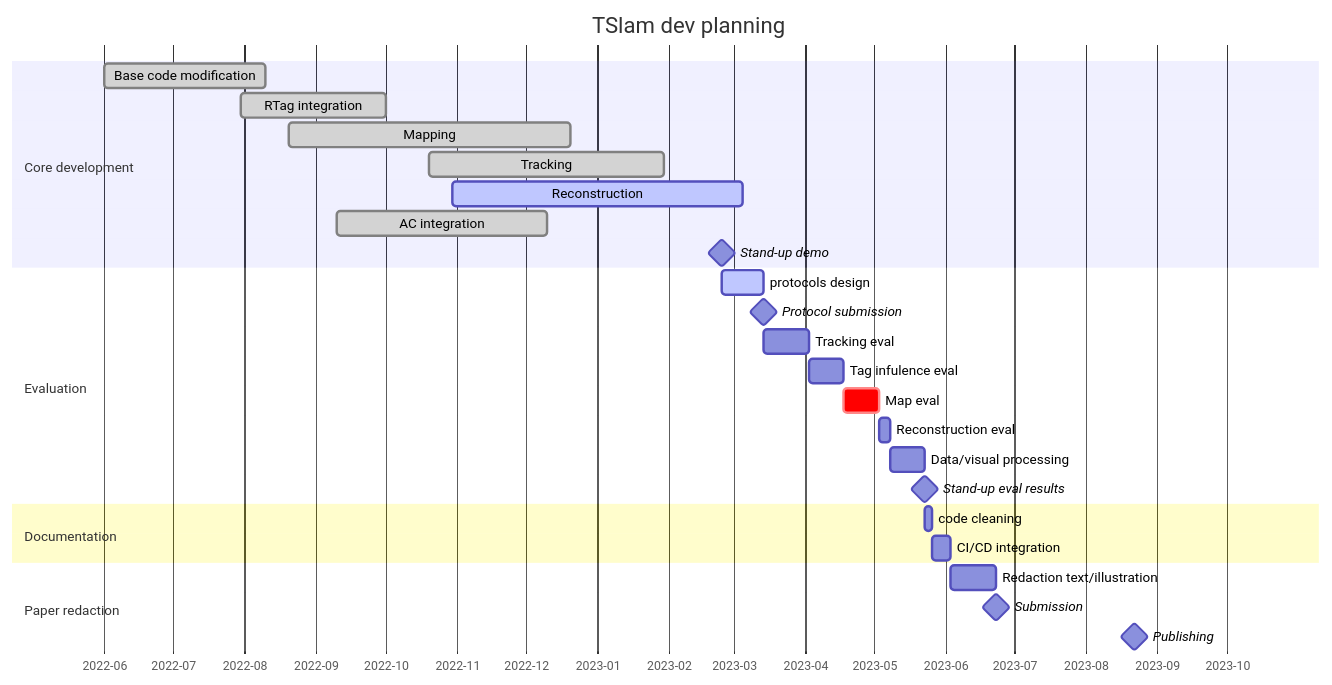
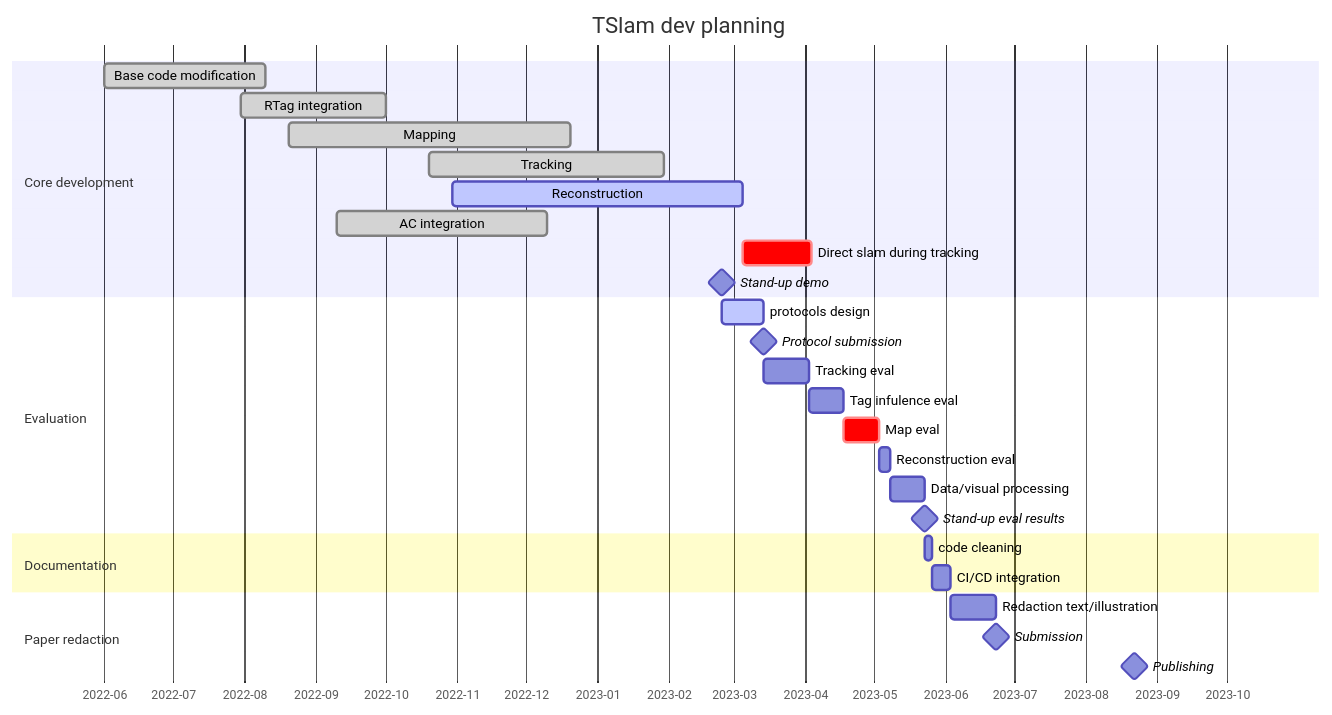
Before and after one commit to ibois-epfl/TSlam: the diagram in README.md, drawn with Mermaid. The commit also changed 2 other files, not shown here.

Commit message:
UPDATE: planning

````diff
--- a/README.md
+++ b/README.md
@@ -11,34 +11,35 @@
 ```mermaid
 gantt
     dateFormat  YYYY-MM-DD
     title       TSlam dev planning
     axisFormat %Y-%m
 
     section Core development
     Base code modification          :done, ucm, 2022-06-01, 2022-08-10
     RTag integration                :done, rti, 2022-07-30, 2022-10-01
     Mapping                         :done, map, 2022-08-20, 2022-12-20
     Tracking                        :done, trck, 2022-10-20, 2023-01-30
     Reconstruction                  :active, rec, 2022-10-30, 2023-03-05
     AC integration                  :done, aci, 2022-09-10, 2022-12-10
+    Direct slam during tracking     :crit, after rec, 30d
     Stand-up demo                   :milestone, 2023-02-24, 0d
 
     section Evaluation
     protocols design                :active, ptrd, 2023-02-24, 2023-03-14
     Protocol submission             :milestone, 2023-03-14, 0d
     Tracking eval                   : trel, 2023-03-14, 20d
     Tag infulence eval              :15d
     Map eval                        :crit, 15d
     Reconstruction eval             :5d
     Data/visual processing          :15d
-    Stand-up eval results             :milestone, 0d
+    Stand-up eval results           :milestone, 0d
 
     section Documentation
-    code cleaning                   : 3d
-    CI/CD integration               : 8d
+    code cleaning                   :3d
+    CI/CD integration               :8d
 
     section Paper redaction
     Redaction text/illustration     :20d
     Submission                      :milestone, 0d
     Publishing                      :milestone, 120d
 ```
````
